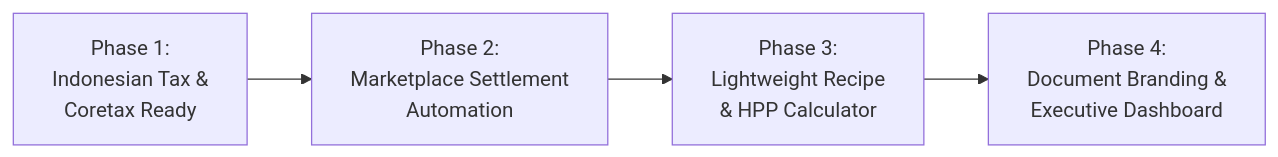
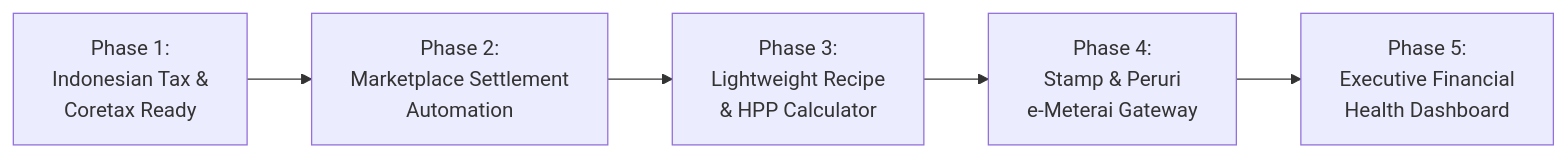
Before and after one commit to Mango-Teknusa-Inovasi/odoo-financial-suite: the second of 2 diagrams in ROADMAP.md, drawn with Mermaid. The commit also changed other lines of this file and 34 other files, not shown here.

Commit message:
feat(stamp): implement Phase 4 Dual-Engine Document Seal, Signature & Peruri e-Meterai Gateway

````diff
--- a/ROADMAP.md
+++ b/ROADMAP.md
@@ -45,6 +45,7 @@
 ```mermaid
 flowchart LR
     P1["Phase 1:<br/>Indonesian Tax &<br/>Coretax Ready"] --> P2["Phase 2:<br/>Marketplace Settlement<br/>Automation"]
     P2 --> P3["Phase 3:<br/>Lightweight Recipe<br/>& HPP Calculator"]
-    P3 --> P4["Phase 4:<br/>Document Branding &<br/>Executive Dashboard"]
+    P3 --> P4["Phase 4:<br/>Stamp & Peruri<br/>e-Meterai Gateway"]
+    P4 --> P5["Phase 5:<br/>Executive Financial<br/>Health Dashboard"]
 ```
````
